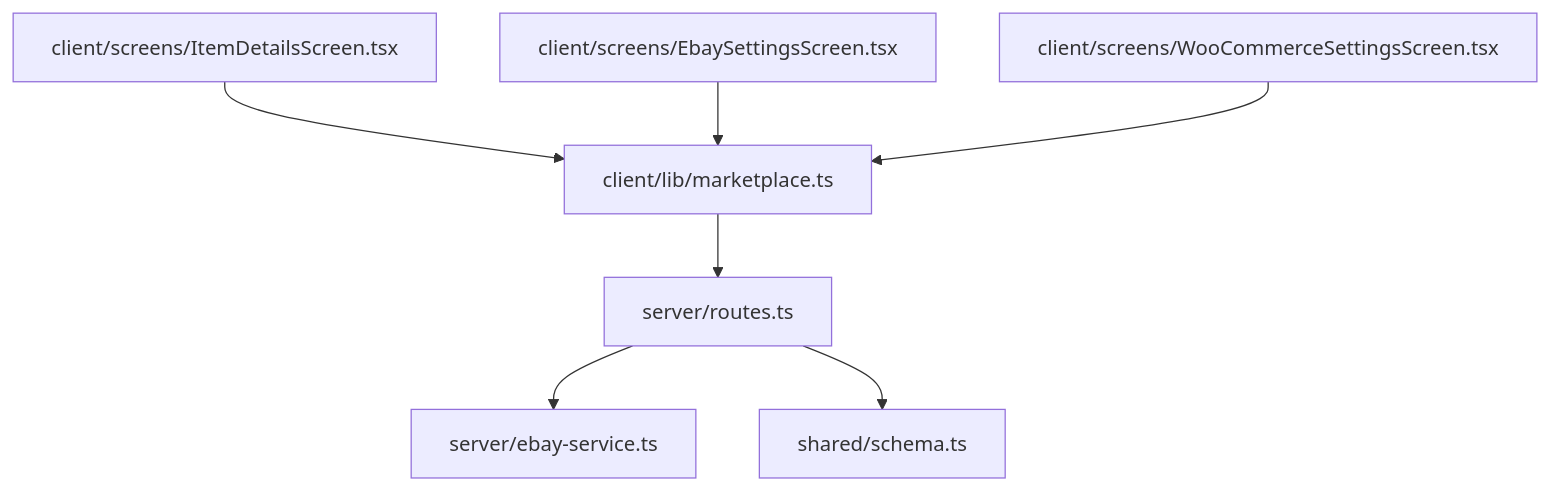
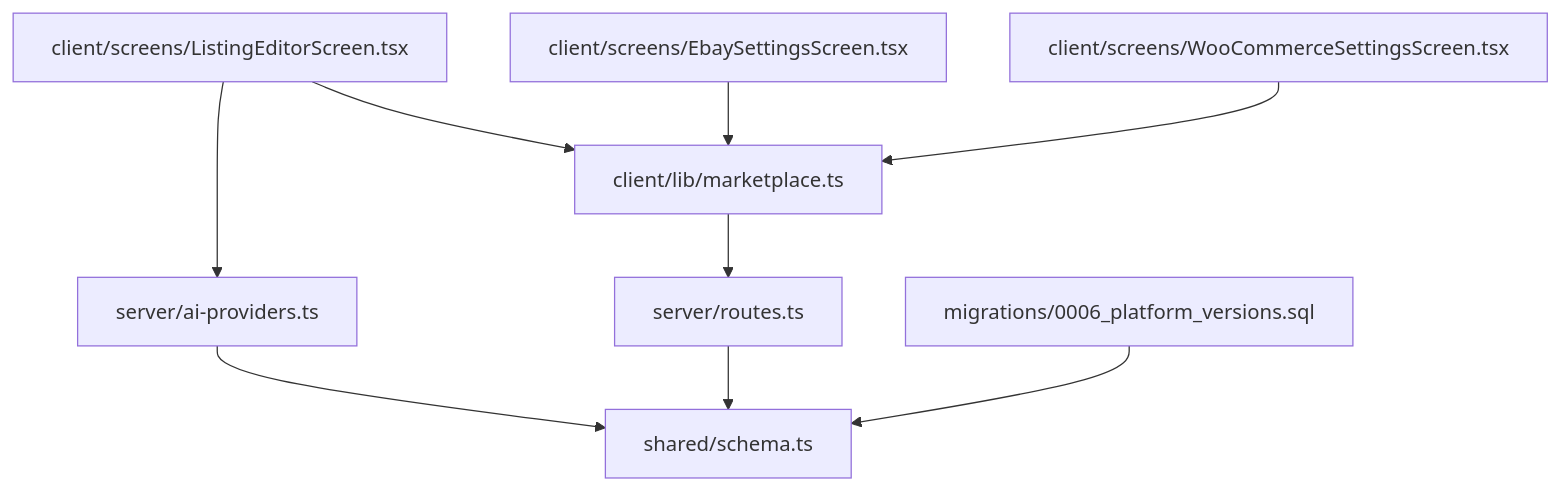
The tenth of 11 diagrams in .qoder/repowiki/en/content/Marketplace Integration/Multi-Platform Publishing.md (hunglevi87/Hidden-Gem), drawn with Mermaid before and after one commit. The commit also changed other lines of this file and 14 other files, not shown here.

````diff
--- a/.qoder/repowiki/en/content/Marketplace Integration/Multi-Platform Publishing.md
+++ b/.qoder/repowiki/en/content/Marketplace Integration/Multi-Platform Publishing.md
@@ -329,9 +497,11 @@
 ```mermaid
 graph TB
 Client["client/lib/marketplace.ts"] --> API["server/routes.ts"]
-UI["client/screens/ItemDetailsScreen.tsx"] --> Client
-API --> EbaySvc["server/ebay-service.ts"]
-API --> DB["shared/schema.ts"]
+AI["server/ai-providers.ts"] --> DB["shared/schema.ts"]
+UI["client/screens/ListingEditorScreen.tsx"] --> Client
+UI --> AI
+API --> DB
 UI_Settings_E["client/screens/EbaySettingsScreen.tsx"] --> Client
 UI_Settings_W["client/screens/WooCommerceSettingsScreen.tsx"] --> Client
+Migrations["migrations/0006_platform_versions.sql"] --> DB
 ```
````
